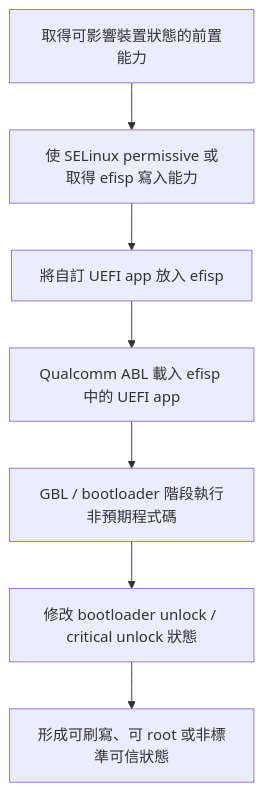
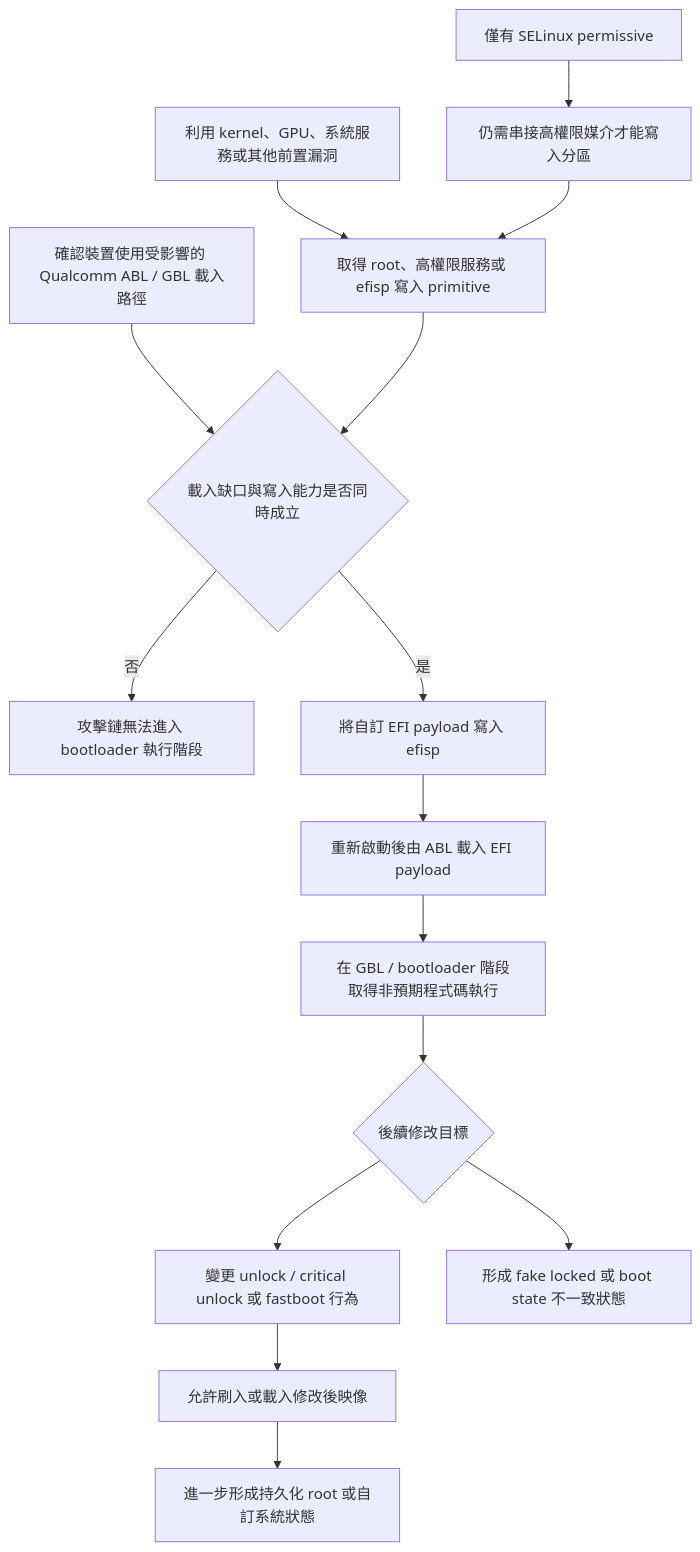
One commit to lokey0905/rootWithoutUnlockBootloaderList changed the fourth of 7 diagrams in README.md. Above: the diagram before and after it, drawn with Mermaid. The commit also changed other lines of this file, not shown here.

First line of the commit message:
docs: 擴充 Android Root 與 Bootloader 漏洞研究報告

````diff
--- a/README.md
+++ b/README.md
@@ -347,9 +466,17 @@
 ```mermaid
 flowchart TD
-    A[取得可影響裝置狀態的前置能力] --> B[使 SELinux permissive 或取得 efisp 寫入能力]
-    B --> C[將自訂 UEFI app 放入 efisp]
-    C --> D[Qualcomm ABL 載入 efisp 中的 UEFI app]
-    D --> E[GBL / bootloader 階段執行非預期程式碼]
-    E --> F[修改 bootloader unlock / critical unlock 狀態]
-    F --> G[形成可刷寫、可 root 或非標準可信狀態]
+    A["確認裝置使用受影響的 Qualcomm ABL / GBL 載入路徑"] --> D{"載入缺口與寫入能力是否同時成立"}
+    B["利用 kernel、GPU、系統服務或其他前置漏洞"] --> C["取得 root、高權限服務或 efisp 寫入 primitive"]
+    P["僅有 SELinux permissive"] --> Q["仍需串接高權限媒介才能寫入分區"]
+    Q --> C
+    C --> D
+    D -->|"否"| E["攻擊鏈無法進入 bootloader 執行階段"]
+    D -->|"是"| F["將自訂 EFI payload 寫入 efisp"]
+    F --> G["重新啟動後由 ABL 載入 EFI payload"]
+    G --> H["在 GBL / bootloader 階段取得非預期程式碼執行"]
+    H --> I{"後續修改目標"}
+    I --> J["變更 unlock / critical unlock 或 fastboot 行為"]
+    I --> K["形成 fake locked 或 boot state 不一致狀態"]
+    J --> L["允許刷入或載入修改後映像"]
+    L --> M["進一步形成持久化 root 或自訂系統狀態"]
 ```
````
